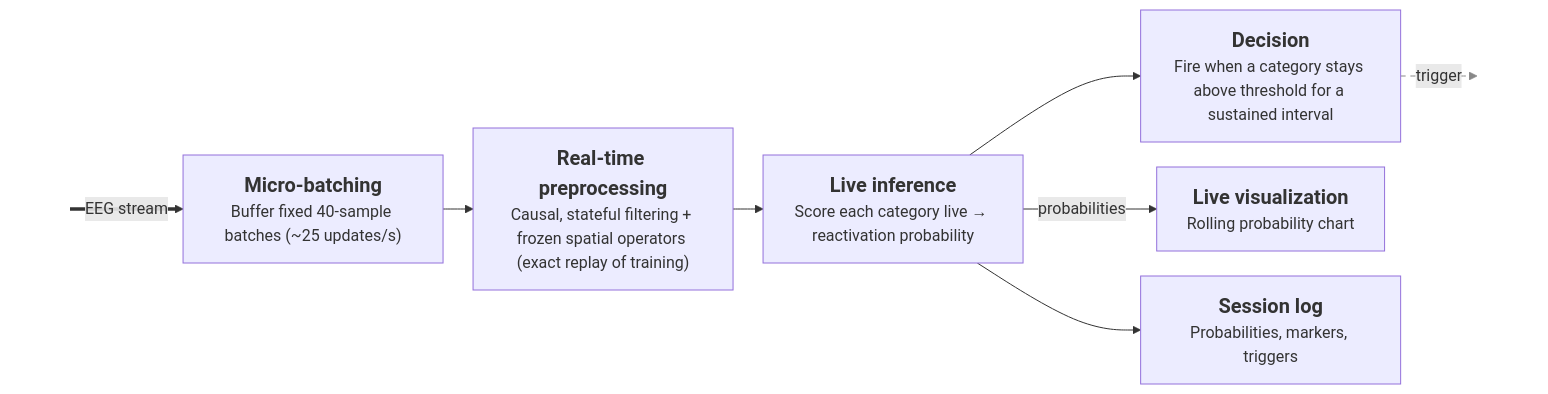
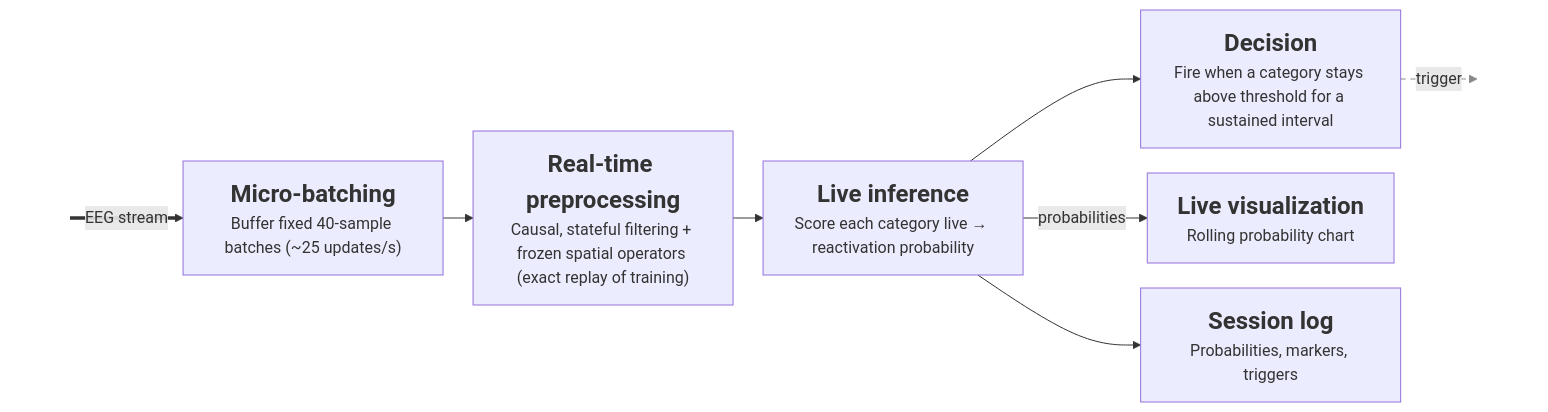
One commit to roiguri/live-reactivation-decoder changed the fourth of 5 diagrams in docs/diagrams/Project Diagrams Blueprints.md. Above: the diagram before and after it, drawn with Mermaid. The commit also changed other lines of this file and 5 other files, not shown here.

Commit message:
docs(diagrams): update diagram images for clarity and consistency

````diff
--- a/docs/diagrams/Project Diagrams Blueprints.md
+++ b/docs/diagrams/Project Diagrams Blueprints.md
@@ -218,30 +218,30 @@
 ```mermaid
 ---
 config:
   flowchart:
     nodeSpacing: 25
     rankSpacing: 30
 ---
 flowchart LR
     In[" "]
-    Batch["<span style='font-size:20px'><b>Micro-batching</b></span><br>Buffer fixed 40-sample batches (~25 updates/s)"]
-    Prep["<span style='font-size:20px'><b>Real-time preprocessing</b></span><br>Causal, stateful filtering + frozen spatial operators (exact replay of training)"]
-    Infer["<span style='font-size:20px'><b>Live inference</b></span><br>Score each category live → reactivation probability"]
-    Decide["<span style='font-size:20px'><b>Decision</b></span><br>Fire when a category stays above threshold for a sustained interval"]
-    Viz["<span style='font-size:20px'><b>Live visualization</b></span><br>Rolling probability chart"]
-    Log["<span style='font-size:20px'><b>Session log</b></span><br>Probabilities, markers, triggers"]
+    Batch["<span style='font-size:24px'><b>Micro-batching</b></span><br><span style='font-size:16px'>Buffer fixed 40-sample batches (~25 updates/s)</span>"]
+    Prep["<span style='font-size:24px'><b>Real-time preprocessing</b></span><br><span style='font-size:16px'>Causal, stateful filtering + frozen spatial operators (exact replay of training)</span>"]
+    Infer["<span style='font-size:24px'><b>Live inference</b></span><br><span style='font-size:16px'>Score each category live → reactivation probability</span>"]
+    Decide["<span style='font-size:24px'><b>Decision</b></span><br><span style='font-size:16px'>Fire when a category stays above threshold for a sustained interval</span>"]
+    Viz["<span style='font-size:24px'><b>Live visualization</b></span><br><span style='font-size:16px'>Rolling probability chart</span>"]
+    Log["<span style='font-size:24px'><b>Session log</b></span><br><span style='font-size:16px'>Probabilities, markers, triggers</span>"]
     Out[" "]
 
     In ==>|"EEG stream"| Batch
     Batch --> Prep --> Infer --> Decide
     Decide -.->|trigger| Out
     Infer -->|probabilities| Viz
     Infer --> Log
 
     %% In/Out are invisible: the EEG stream and trigger are shown only as tagged arrows
     %% (their source/target components live in Figures 1, 2 and 5).
     classDef ghost fill:transparent,stroke:transparent,color:transparent
     class In ghost
     class Out ghost
     linkStyle 4 stroke:#888,stroke-dasharray: 5 5;
 ```
````
